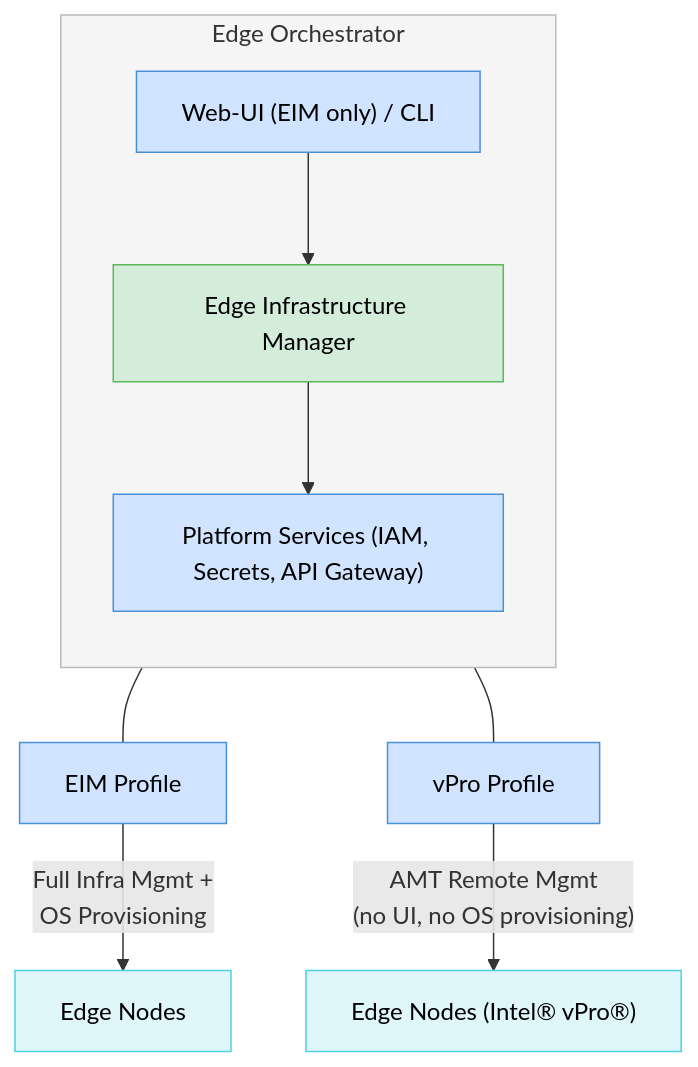
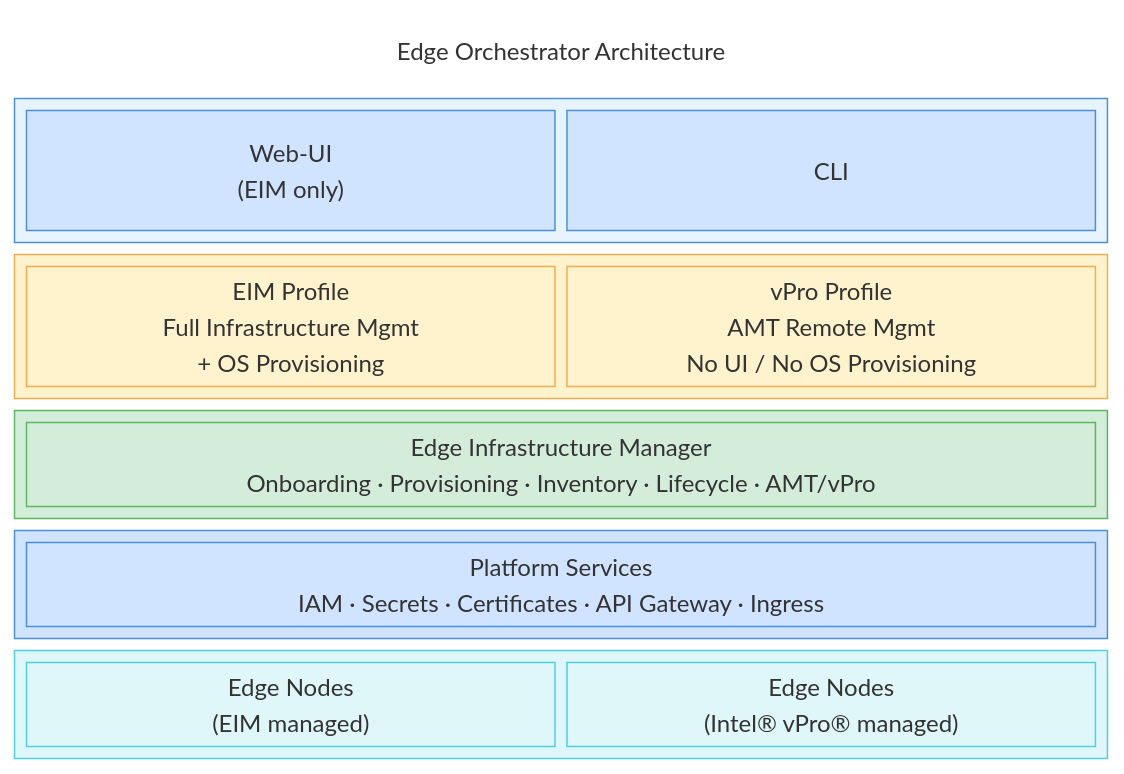
Before and after one commit to open-edge-platform/edge-manageability-framework: the diagram in README.md, drawn with Mermaid.

````diff
--- a/README.md
+++ b/README.md
@@ -28,27 +28,53 @@
 ```mermaid
-flowchart TB
-    subgraph EO["Edge Orchestrator"]
-        direction TB
-        Access["Web-UI (EIM only) / CLI"]
-        Infra["Edge Infrastructure Manager"]
-        Platform["Platform Services (IAM, Secrets, API Gateway)"]
-        Access --> Infra --> Platform
+block-beta
+    columns 3
+
+    block:header:3
+        columns 3
+        space title["Edge Orchestrator Architecture"] space
     end
 
-    EIM["EIM Profile"] -->|"Full Infra Mgmt +<br/>OS Provisioning"| EN1["Edge Nodes"]
-    VPRO["vPro Profile"] -->|"AMT Remote Mgmt<br/>(no UI, no OS provisioning)"| EN2["Edge Nodes (Intel® vPro®)"]
+    block:access:3
+        columns 2
+        WebUI["Web-UI\n(EIM only)"]
+        CLI["CLI"]
+    end
 
-    EO --- EIM
-    EO --- VPRO
+    block:profiles:3
+        columns 2
+        EIM["EIM Profile\nFull Infrastructure Mgmt\n+ OS Provisioning"]
+        VPRO["vPro Profile\nAMT Remote Mgmt\nNo UI / No OS Provisioning"]
+    end
 
-    classDef blue fill:#d0e4ff,color:#000,stroke:#4a90d9
-    classDef green fill:#d4edda,color:#000,stroke:#5cb85c
-    classDef lightblue fill:#e0f7fa,color:#000,stroke:#4dd0e1
-    classDef grey fill:#f5f5f5,stroke:#bbb
+    block:infra:3
+        columns 1
+        IM["Edge Infrastructure Manager\nOnboarding · Provisioning · Inventory · Lifecycle · AMT/vPro"]
+    end
 
-    class EO grey
-    class Access,Platform blue
-    class Infra green
-    class EIM,VPRO blue
-    class EN1,EN2 lightblue
+    block:platform:3
+        columns 1
+        PS["Platform Services\nIAM · Secrets · Certificates · API Gateway · Ingress"]
+    end
+
+    block:nodes:3
+        columns 2
+        EN1["Edge Nodes\n(EIM managed)"]
+        EN2["Edge Nodes\n(Intel® vPro® managed)"]
+    end
+
+    style header fill:none,stroke:none
+    style title fill:none,stroke:none,font-size:16px
+    style access fill:#e8f4fd,stroke:#4a90d9
+    style profiles fill:#fff3cd,stroke:#f0ad4e
+    style infra fill:#d4edda,stroke:#5cb85c
+    style platform fill:#d0e4ff,stroke:#4a90d9
+    style nodes fill:#e0f7fa,stroke:#4dd0e1
+    style WebUI fill:#d0e4ff,stroke:#4a90d9
+    style CLI fill:#d0e4ff,stroke:#4a90d9
+    style EIM fill:#fff3cd,stroke:#f0ad4e
+    style VPRO fill:#fff3cd,stroke:#f0ad4e
+    style IM fill:#d4edda,stroke:#5cb85c
+    style PS fill:#d0e4ff,stroke:#4a90d9
+    style EN1 fill:#e0f7fa,stroke:#4dd0e1
+    style EN2 fill:#e0f7fa,stroke:#4dd0e1
 ```
````
